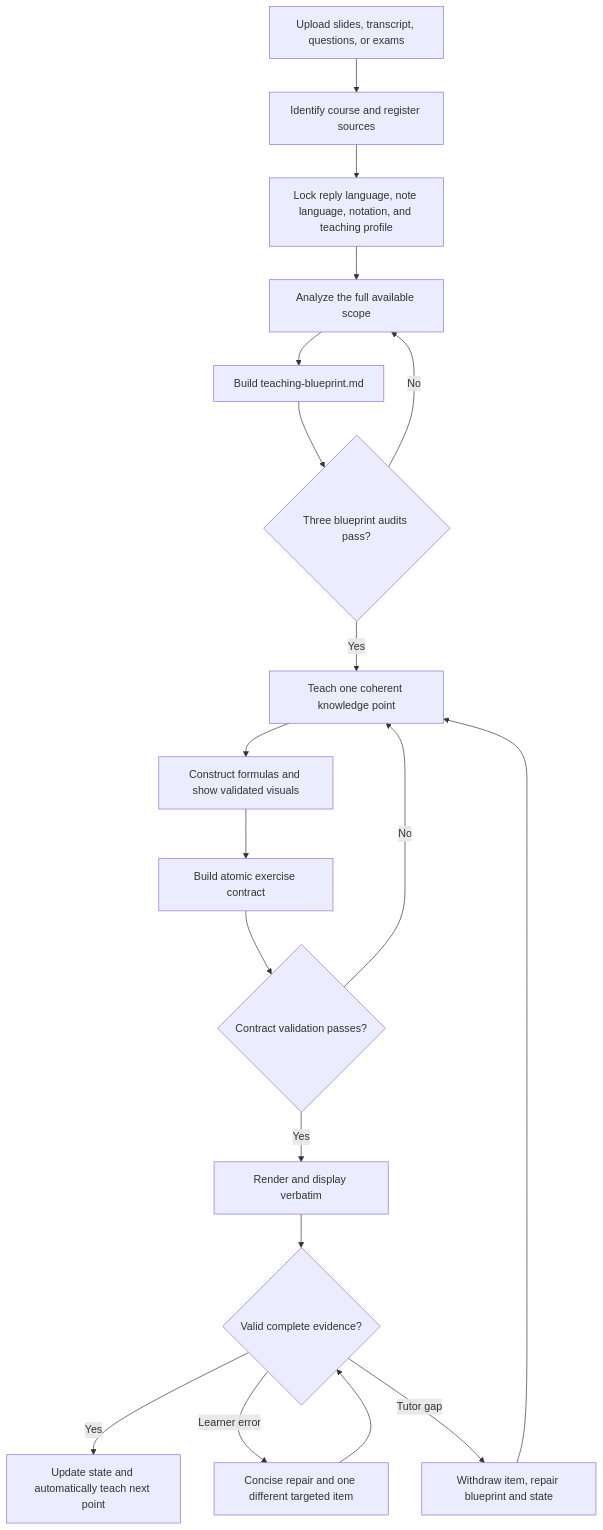
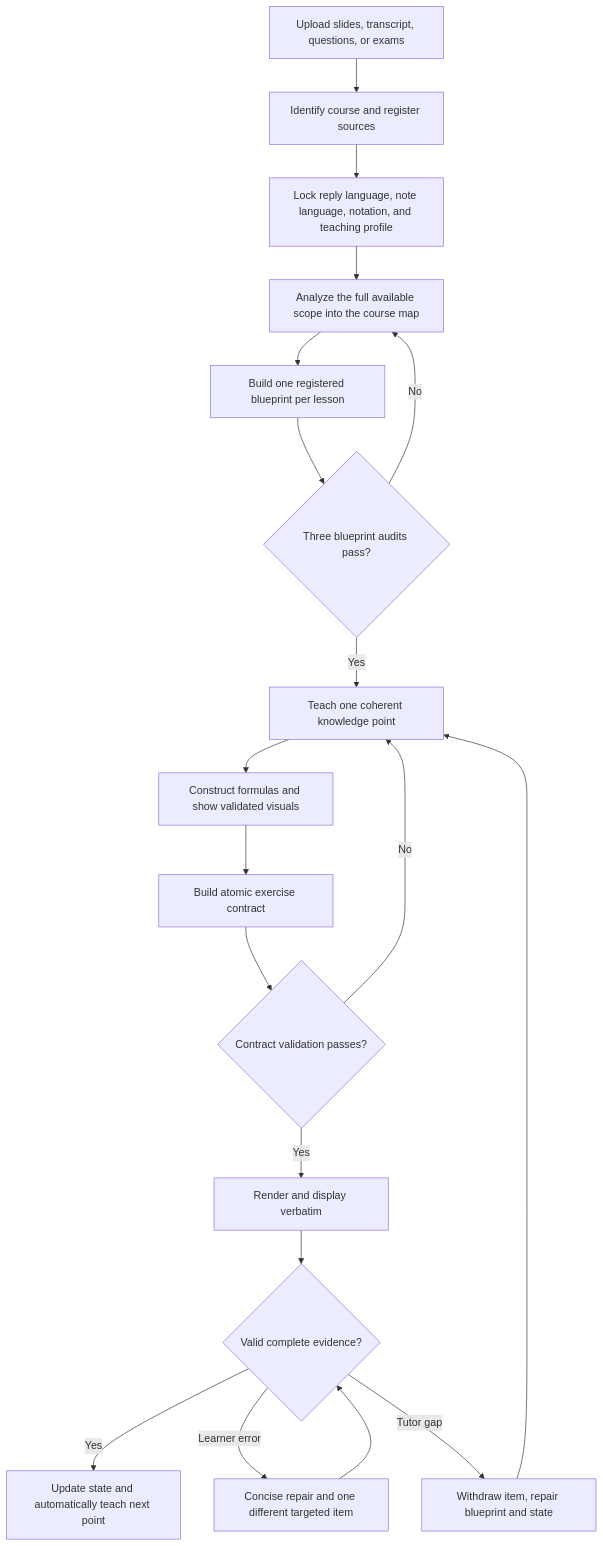
One commit to Ryan-J-H-Improving/SKILLs changed the diagram in course-grounded-tutor-v3/README.md. Above: the diagram before and after it, drawn with Mermaid. The commit also changed other lines of this file and 30 other files, not shown here.

````diff
--- a/course-grounded-tutor-v3/README.md
+++ b/course-grounded-tutor-v3/README.md
@@ -102,21 +116,21 @@
 ```mermaid
 flowchart TD
   A["Upload slides, transcript, questions, or exams"] --> B["Identify course and register sources"]
   B --> C["Lock reply language, note language, notation, and teaching profile"]
-  C --> D["Analyze the full available scope"]
-  D --> E["Build teaching-blueprint.md"]
+  C --> D["Analyze the full available scope into the course map"]
+  D --> E["Build one registered blueprint per lesson"]
   E --> F{"Three blueprint audits pass?"}
   F -- No --> D
   F -- Yes --> G["Teach one coherent knowledge point"]
   G --> H["Construct formulas and show validated visuals"]
   H --> I["Build atomic exercise contract"]
   I --> V{"Contract validation passes?"}
   V -- No --> G
   V -- Yes --> R["Render and display verbatim"]
   R --> J{"Valid complete evidence?"}
   J -- Yes --> K["Update state and automatically teach next point"]
   J -- Learner error --> L["Concise repair and one different targeted item"]
   J -- Tutor gap --> M["Withdraw item, repair blueprint and state"]
   L --> J
   M --> G
 ```
````
